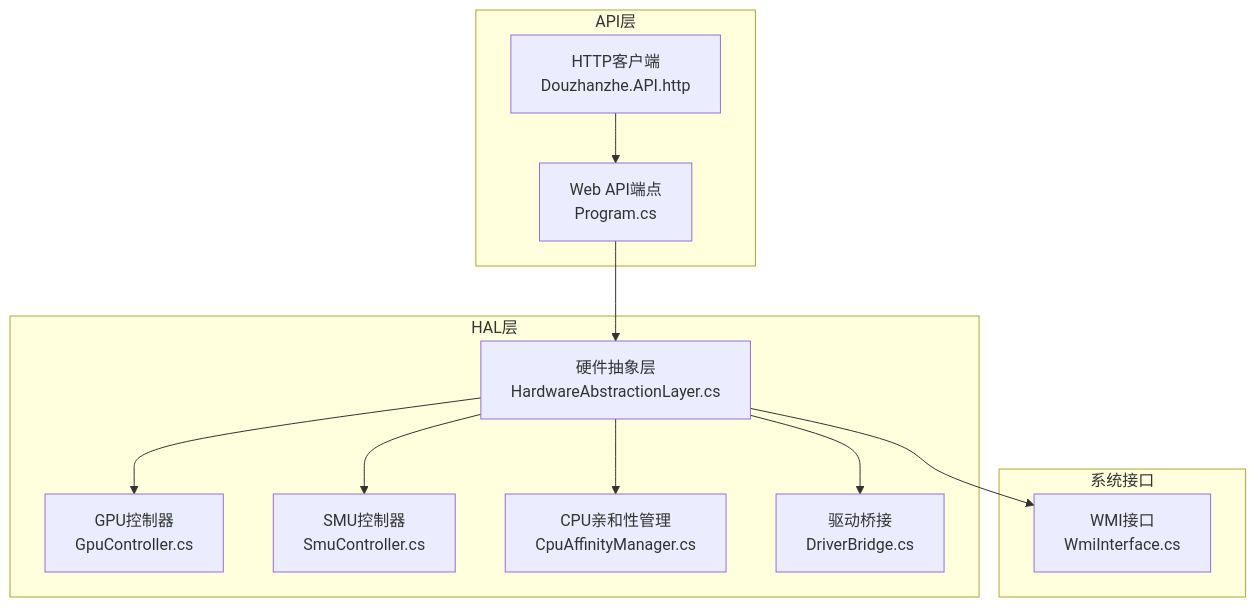
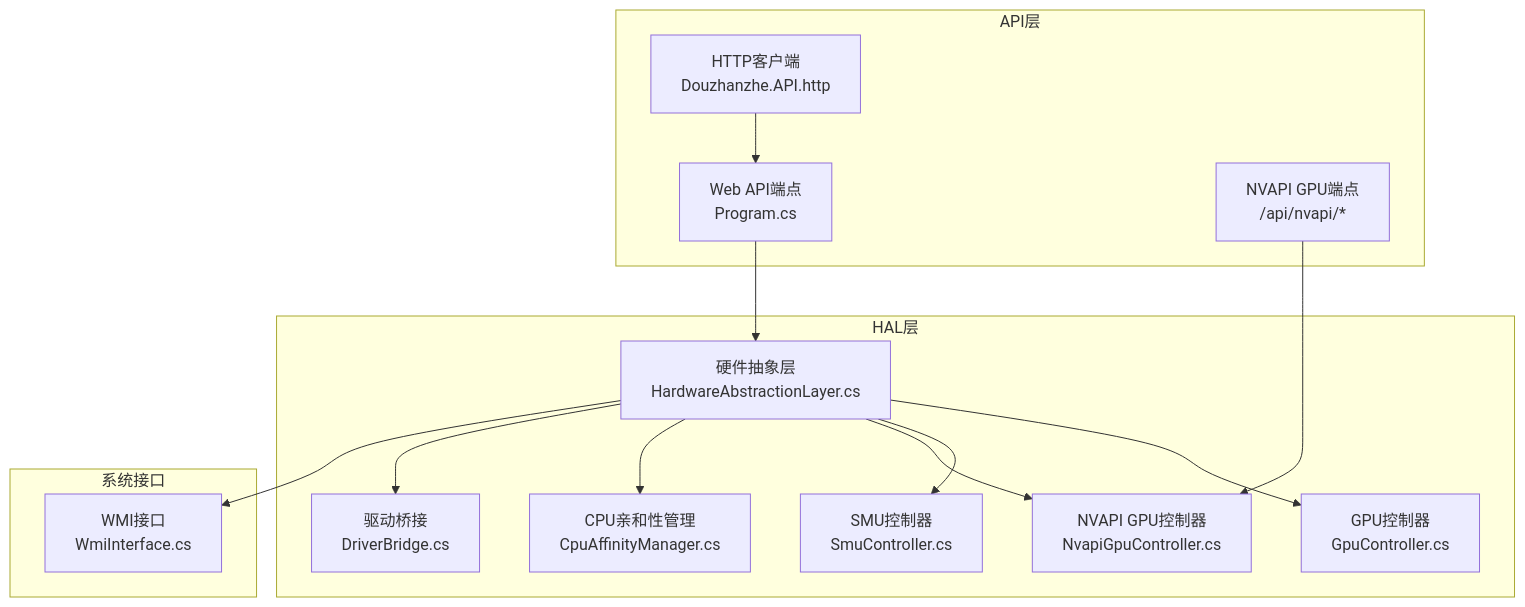
One commit to KanzakiK/DOUZHANZHE-Control changed the first of 6 diagrams in .qoder/repowiki/zh/content/API参考文档/RESTful API/硬件控制API/硬件控制API.md. Above: the diagram before and after it, drawn with Mermaid. The commit also changed other lines of this file and 37 other files, not shown here.

````diff
--- a/.qoder/repowiki/zh/content/API参考文档/RESTful API/硬件控制API/硬件控制API.md
+++ b/.qoder/repowiki/zh/content/API参考文档/RESTful API/硬件控制API/硬件控制API.md
@@ -42,24 +44,28 @@
 ```mermaid
 graph TB
 subgraph "API层"
 HTTP["HTTP客户端<br/>Douzhanzhe.API.http"]
 API["Web API端点<br/>Program.cs"]
+NVAPI["NVAPI GPU端点<br/>/api/nvapi/*"]
 end
 subgraph "HAL层"
 HAL["硬件抽象层<br/>HardwareAbstractionLayer.cs"]
 GPU["GPU控制器<br/>GpuController.cs"]
 SMU["SMU控制器<br/>SmuController.cs"]
+NVAPICTRL["NVAPI GPU控制器<br/>NvapiGpuController.cs"]
 CPU["CPU亲和性管理<br/>CpuAffinityManager.cs"]
 DRV["驱动桥接<br/>DriverBridge.cs"]
 end
 subgraph "系统接口"
 WMI["WMI接口<br/>WmiInterface.cs"]
 end
 HTTP --> API
 API --> HAL
 HAL --> GPU
 HAL --> SMU
+HAL --> NVAPICTRL
 HAL --> CPU
 HAL --> DRV
 HAL --> WMI
+NVAPI --> NVAPICTRL
 ```
````
